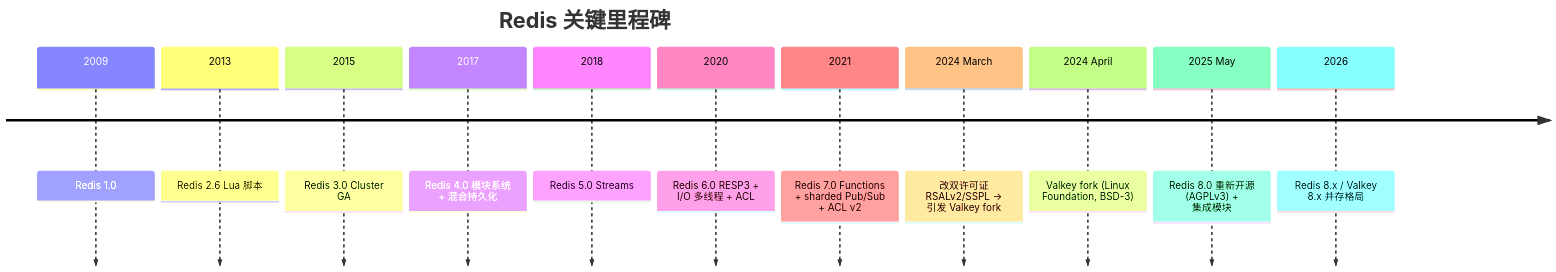
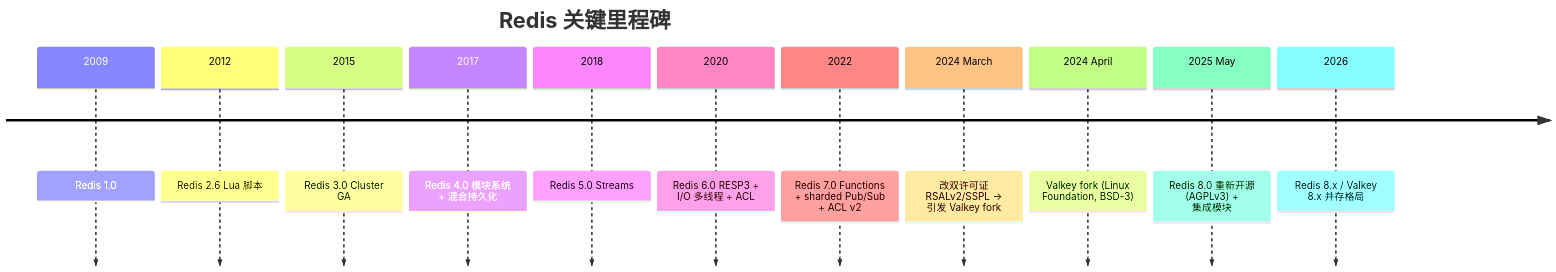
Before and after one commit to Kirby980/backend-handbook: the sixth of 6 diagrams in redis/ROADMAP.md, drawn with Mermaid. The commit also changed 135 other files, not shown here.

````diff
--- a/redis/ROADMAP.md
+++ b/redis/ROADMAP.md
@@ -148,15 +148,15 @@
 ```mermaid
 timeline
     title Redis 关键里程碑
     2009 : Redis 1.0
-    2013 : Redis 2.6 Lua 脚本
+    2012 : Redis 2.6 Lua 脚本
     2015 : Redis 3.0 Cluster GA
     2017 : Redis 4.0 模块系统 + 混合持久化
     2018 : Redis 5.0 Streams
     2020 : Redis 6.0 RESP3 + I/O 多线程 + ACL
-    2021 : Redis 7.0 Functions + sharded Pub/Sub + ACL v2
+    2022 : Redis 7.0 Functions + sharded Pub/Sub + ACL v2
     2024 March : 改双许可证 RSALv2/SSPL → 引发 Valkey fork
     2024 April : Valkey fork (Linux Foundation, BSD-3)
     2025 May : Redis 8.0 重新开源 (AGPLv3) + 集成模块
     2026 : Redis 8.x / Valkey 8.x 并存格局
 ```
````
